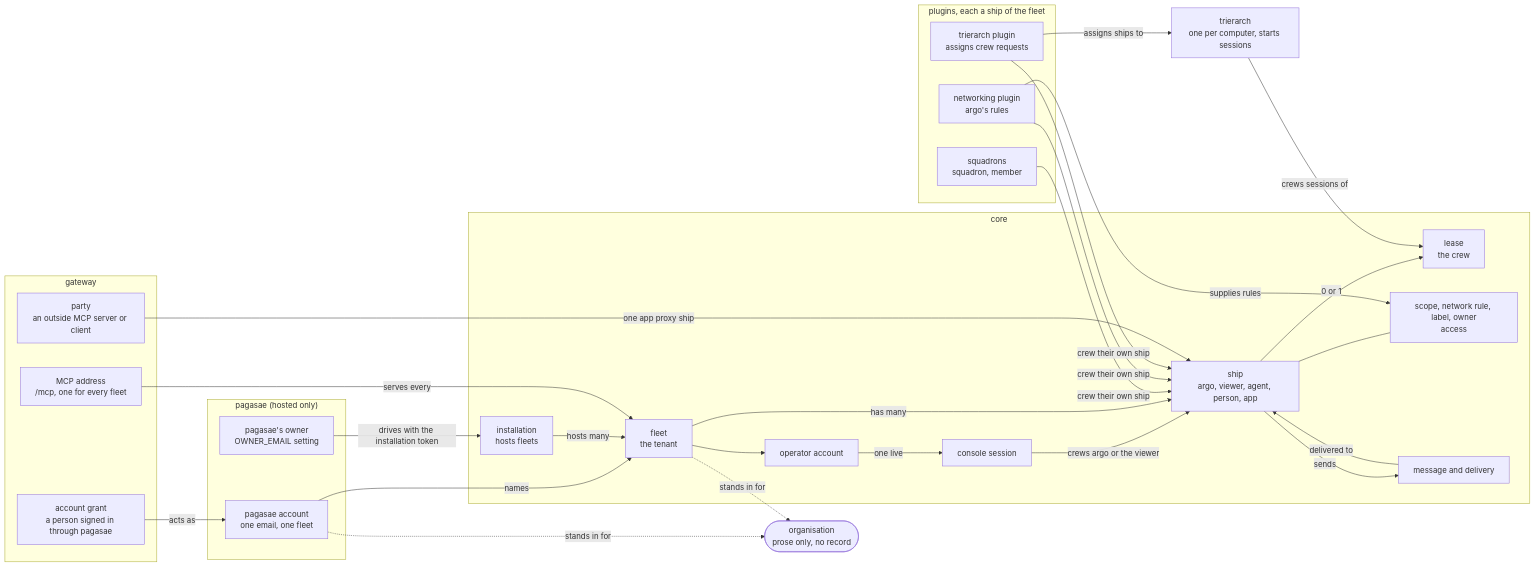
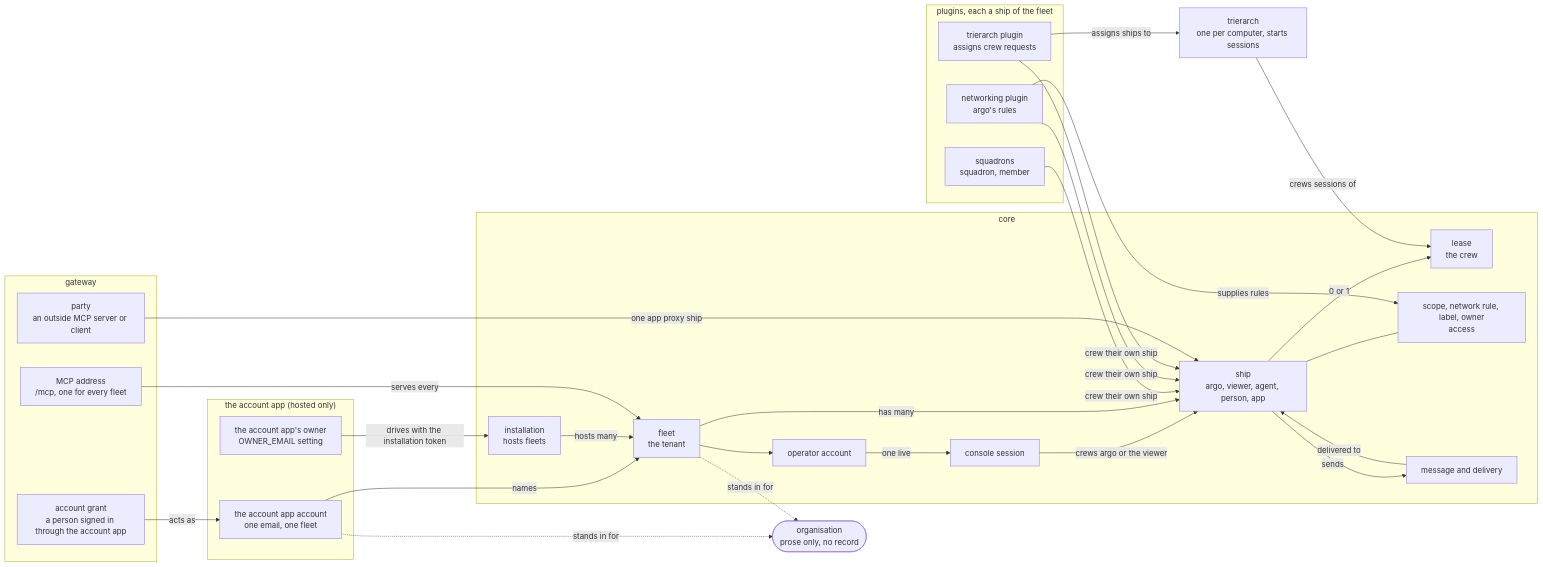
Before and after one commit to ThomasHendrickx/aeolus-fleet: the first of 11 diagrams in docs/design/accounts/domain-model.md, drawn with Mermaid. The commit also changed other lines of this file and 157 other files, not shown here.

Commit message:
refactor: use neutral account app terminology

````diff
--- a/docs/design/accounts/domain-model.md
+++ b/docs/design/accounts/domain-model.md
@@ -42,50 +42,50 @@
 ```mermaid
 flowchart LR
-  subgraph PAG["pagasae (hosted only)"]
-    PA["pagasae account<br/>one email, one fleet"]
-    PO["pagasae's owner<br/>OWNER_EMAIL setting"]
+  subgraph PAG["the account app (hosted only)"]
+    PA["the account app account<br/>one email, one fleet"]
+    PO["the account app's owner<br/>OWNER_EMAIL setting"]
   end
   ORG(["organisation<br/>prose only, no record"])
   subgraph CORE["core"]
     INST["installation<br/>hosts fleets"]
     FLEET["fleet<br/>the tenant"]
     OPA["operator account"]
     CS["console session"]
     SHIP["ship<br/>argo, viewer, agent, person, app"]
     LEASE["lease<br/>the crew"]
     ACC["scope, network rule, label, owner<br/>access"]
     MSG["message and delivery"]
   end
   subgraph PLUG["plugins, each a ship of the fleet"]
     SQ["squadrons<br/>squadron, member"]
     NP["networking plugin<br/>argo's rules"]
     TP["trierarch plugin<br/>assigns crew requests"]
   end
   TRI["trierarch<br/>one per computer, starts sessions"]
   subgraph GW["gateway"]
     PARTY["party<br/>an outside MCP server or client"]
-    GRANT["account grant<br/>a person signed in through pagasae"]
+    GRANT["account grant<br/>a person signed in through the account app"]
     EP["MCP address<br/>/mcp, one for every fleet"]
   end
 
   PO -->|drives with the installation token| INST
   PA -->|names| FLEET
   PA -.->|stands in for| ORG
   FLEET -.->|stands in for| ORG
   INST -->|hosts many| FLEET
   FLEET --> OPA
   OPA -->|one live| CS
   CS -->|crews argo or the viewer| SHIP
   FLEET -->|has many| SHIP
   SHIP -->|0 or 1| LEASE
   SHIP --- ACC
   SHIP -->|sends| MSG
   MSG -->|delivered to| SHIP
   SQ & NP & TP -->|crew their own ship| SHIP
   NP -->|supplies rules| ACC
   TRI -->|crews sessions of| LEASE
   TP -->|assigns ships to| TRI
   PARTY -->|one app proxy ship| SHIP
   GRANT -->|acts as| PA
   EP -->|serves every| FLEET
 ```
````
